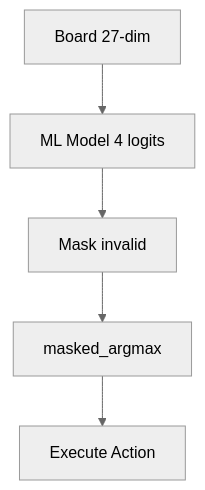
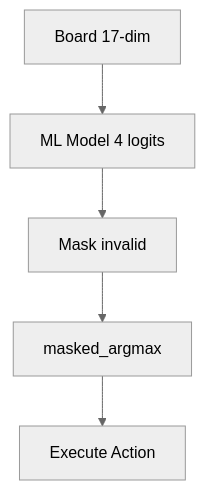
One commit to Evintkoo/2048-ml changed the diagram in plans/04-Actions/03-Mapping/02-action-decision-policy.md. Above: the diagram before and after it, drawn with Mermaid (neutral theme). The commit also changed other lines of this file and 198 other files, not shown here.

````diff
--- a/plans/04-Actions/03-Mapping/02-action-decision-policy.md
+++ b/plans/04-Actions/03-Mapping/02-action-decision-policy.md
@@ -19,7 +19,7 @@
 ```mermaid
 flowchart TB
-    State["Board 27-dim"] --> Model["ML Model 4 logits"]
+    State["Board 17-dim"] --> Model["ML Model 4 logits"]
     Model --> Mask["Mask invalid"]
     Mask --> Argmax["masked_argmax"]
     Argmax --> Execute["Execute Action"]
 ```
````
